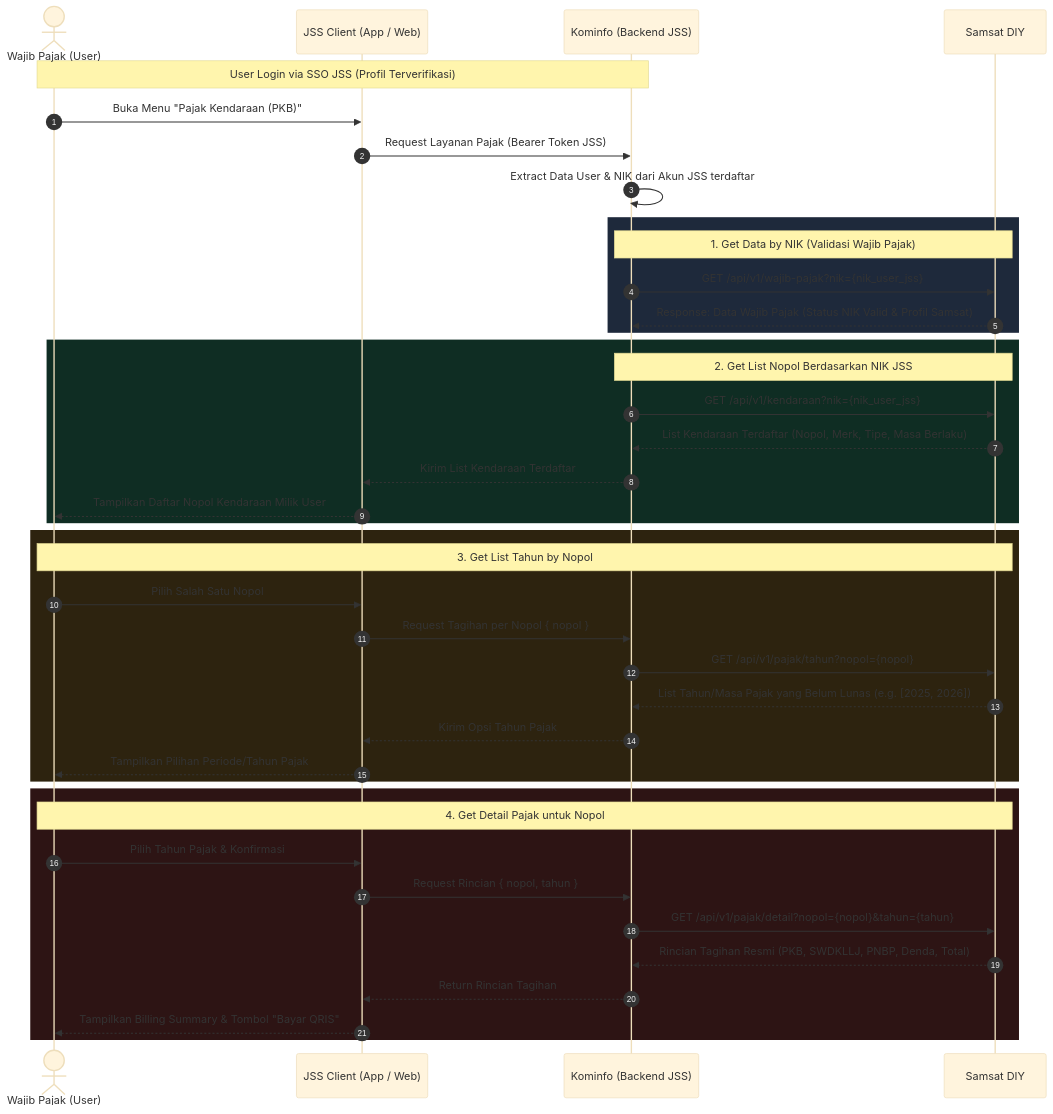
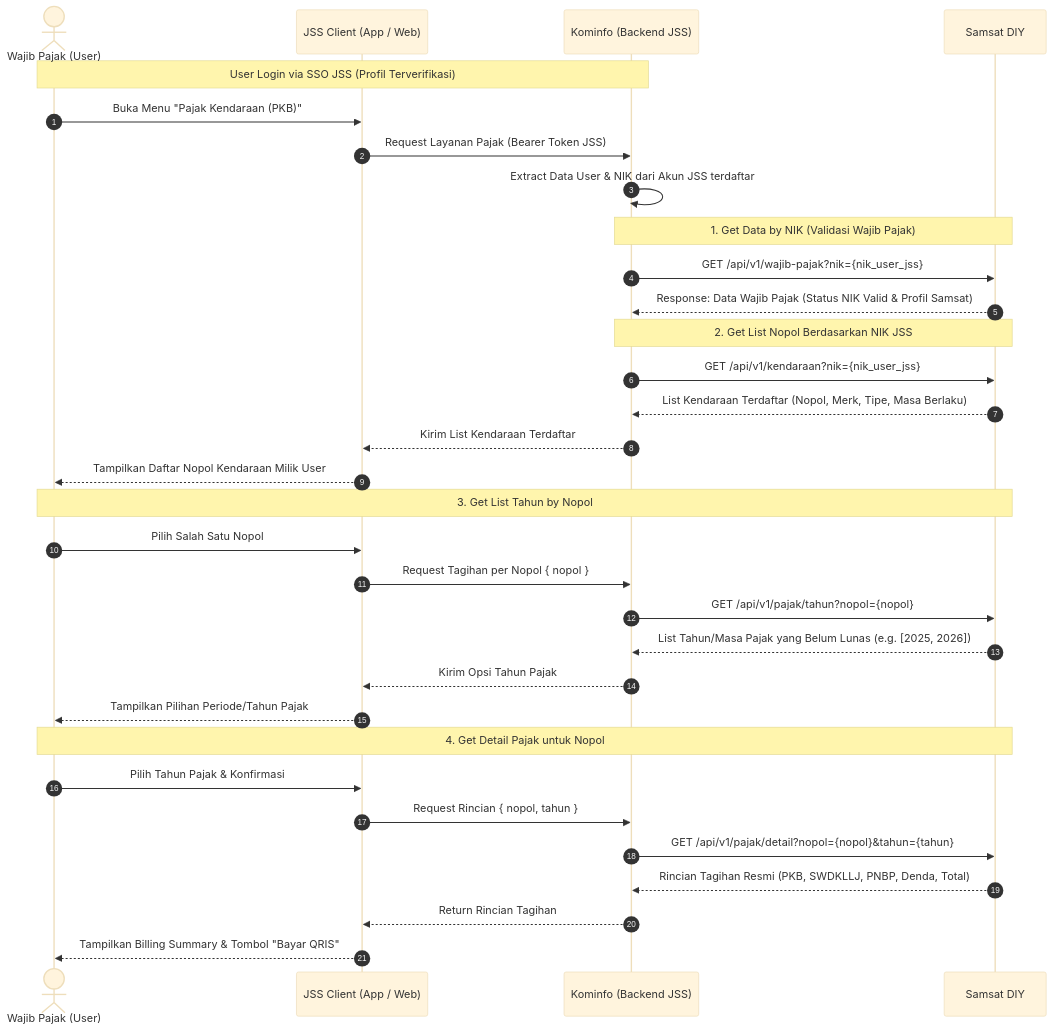
The third of 8 diagrams in BLUEPRINT_INTEGRASI_PAJAK.md (bimasulistyaw-hash/pajakkendaraan), drawn with Mermaid (base theme) before and after one commit. The commit also changed 1 other file, not shown here.

Commit message:
style: remove rect background colors from sequence diagrams

````diff
--- a/BLUEPRINT_INTEGRASI_PAJAK.md
+++ b/BLUEPRINT_INTEGRASI_PAJAK.md
@@ -87,52 +87,44 @@
 ```mermaid
 sequenceDiagram
     autonumber
     actor WP as Wajib Pajak (User)
     participant JSSApp as JSS Client (App / Web)
     participant JSSServer as Kominfo (Backend JSS)
     participant SAM as Samsat DIY
 
     %% Inisialisasi dari JSS
     note over WP, JSSServer: User Login via SSO JSS (Profil Terverifikasi)
     WP->>JSSApp: Buka Menu "Pajak Kendaraan (PKB)"
     JSSApp->>JSSServer: Request Layanan Pajak (Bearer Token JSS)
     JSSServer->>JSSServer: Extract Data User & NIK dari Akun JSS terdaftar
 
     %% Step 1: Get By NIK
-    rect rgb(30, 41, 59)
-        note over JSSServer, SAM: 1. Get Data by NIK (Validasi Wajib Pajak)
-        JSSServer->>SAM: GET /api/v1/wajib-pajak?nik={nik_user_jss}
-        SAM-->>JSSServer: Response: Data Wajib Pajak (Status NIK Valid & Profil Samsat)
-    end
+    note over JSSServer, SAM: 1. Get Data by NIK (Validasi Wajib Pajak)
+    JSSServer->>SAM: GET /api/v1/wajib-pajak?nik={nik_user_jss}
+    SAM-->>JSSServer: Response: Data Wajib Pajak (Status NIK Valid & Profil Samsat)
 
     %% Step 2: Get List Nopol
-    rect rgb(15, 45, 35)
-        note over JSSServer, SAM: 2. Get List Nopol Berdasarkan NIK JSS
-        JSSServer->>SAM: GET /api/v1/kendaraan?nik={nik_user_jss}
-        SAM-->>JSSServer: List Kendaraan Terdaftar (Nopol, Merk, Tipe, Masa Berlaku)
-        JSSServer-->>JSSApp: Kirim List Kendaraan Terdaftar
-        JSSApp-->>WP: Tampilkan Daftar Nopol Kendaraan Milik User
-    end
+    note over JSSServer, SAM: 2. Get List Nopol Berdasarkan NIK JSS
+    JSSServer->>SAM: GET /api/v1/kendaraan?nik={nik_user_jss}
+    SAM-->>JSSServer: List Kendaraan Terdaftar (Nopol, Merk, Tipe, Masa Berlaku)
+    JSSServer-->>JSSApp: Kirim List Kendaraan Terdaftar
+    JSSApp-->>WP: Tampilkan Daftar Nopol Kendaraan Milik User
 
     %% Step 3: Get List Tahun by Nopol
-    rect rgb(45, 35, 15)
-        note over WP, SAM: 3. Get List Tahun by Nopol
-        WP->>JSSApp: Pilih Salah Satu Nopol
-        JSSApp->>JSSServer: Request Tagihan per Nopol { nopol }
-        JSSServer->>SAM: GET /api/v1/pajak/tahun?nopol={nopol}
-        SAM-->>JSSServer: List Tahun/Masa Pajak yang Belum Lunas (e.g. [2025, 2026])
-        JSSServer-->>JSSApp: Kirim Opsi Tahun Pajak
-        JSSApp-->>WP: Tampilkan Pilihan Periode/Tahun Pajak
-    end
+    note over WP, SAM: 3. Get List Tahun by Nopol
+    WP->>JSSApp: Pilih Salah Satu Nopol
+    JSSApp->>JSSServer: Request Tagihan per Nopol { nopol }
+    JSSServer->>SAM: GET /api/v1/pajak/tahun?nopol={nopol}
+    SAM-->>JSSServer: List Tahun/Masa Pajak yang Belum Lunas (e.g. [2025, 2026])
+    JSSServer-->>JSSApp: Kirim Opsi Tahun Pajak
+    JSSApp-->>WP: Tampilkan Pilihan Periode/Tahun Pajak
 
     %% Step 4: Get Detail Pajak
-    rect rgb(45, 20, 20)
-        note over WP, SAM: 4. Get Detail Pajak untuk Nopol
-        WP->>JSSApp: Pilih Tahun Pajak & Konfirmasi
-        JSSApp->>JSSServer: Request Rincian { nopol, tahun }
-        JSSServer->>SAM: GET /api/v1/pajak/detail?nopol={nopol}&tahun={tahun}
-        SAM-->>JSSServer: Rincian Tagihan Resmi (PKB, SWDKLLJ, PNBP, Denda, Total)
-        JSSServer-->>JSSApp: Return Rincian Tagihan
-        JSSApp-->>WP: Tampilkan Billing Summary & Tombol "Bayar QRIS"
-    end
+    note over WP, SAM: 4. Get Detail Pajak untuk Nopol
+    WP->>JSSApp: Pilih Tahun Pajak & Konfirmasi
+    JSSApp->>JSSServer: Request Rincian { nopol, tahun }
+    JSSServer->>SAM: GET /api/v1/pajak/detail?nopol={nopol}&tahun={tahun}
+    SAM-->>JSSServer: Rincian Tagihan Resmi (PKB, SWDKLLJ, PNBP, Denda, Total)
+    JSSServer-->>JSSApp: Return Rincian Tagihan
+    JSSApp-->>WP: Tampilkan Billing Summary & Tombol "Bayar QRIS"
 ```
````
